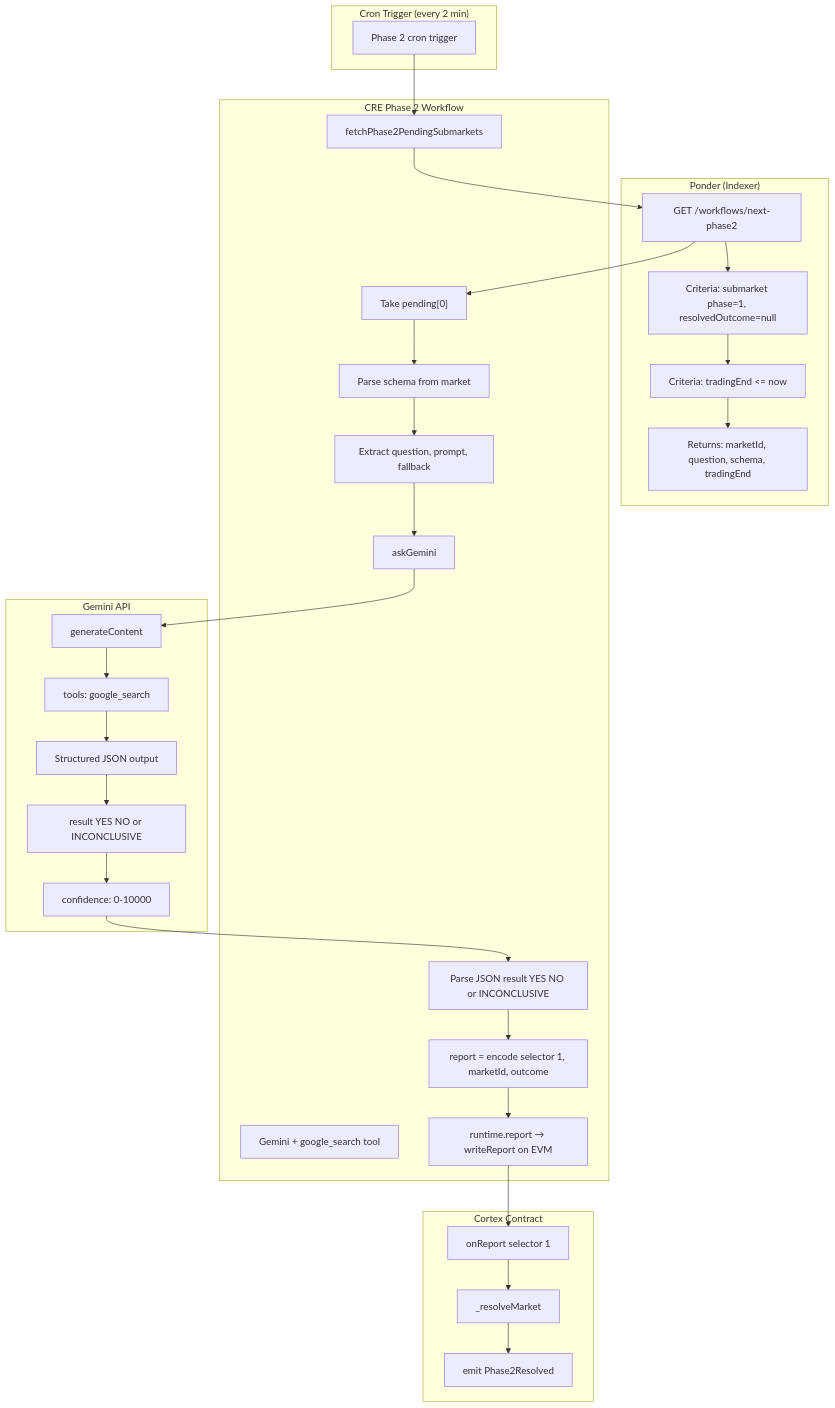
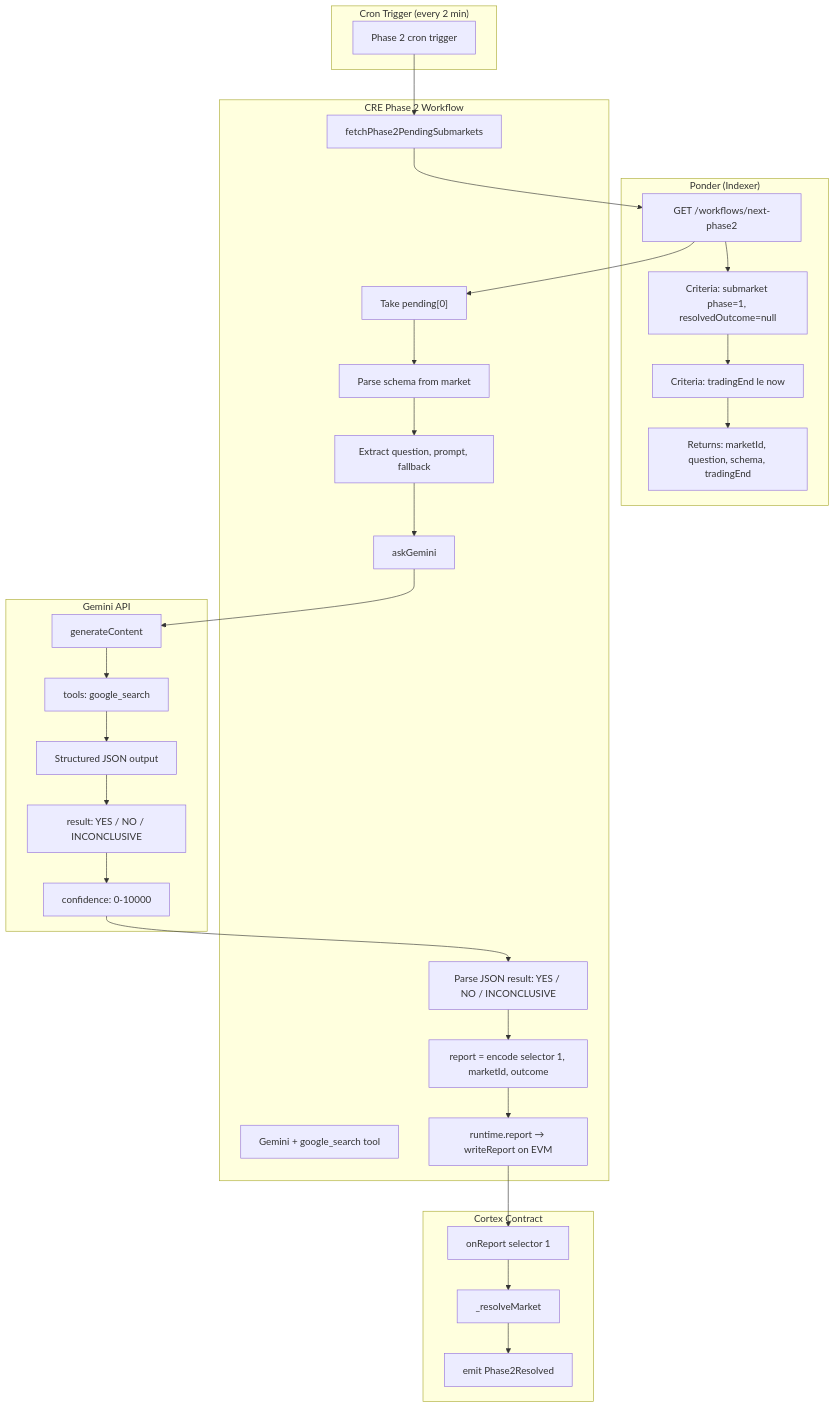
One commit to ztkdronecoder/MiniMarket changed the fourth of 4 diagrams in README.md. Above: the diagram before and after it, drawn with Mermaid. The commit also changed other lines of this file, not shown here.

Commit message:
readme update

````diff
--- a/README.md
+++ b/README.md
@@ -264,53 +271,53 @@
 ```mermaid
 flowchart TB
     subgraph CRON["Cron Trigger (every 2 min)"]
         T1[Phase 2 cron trigger]
     end
 
     subgraph PONDER["Ponder (Indexer)"]
-        P1[GET /workflows/next-phase2]
-        P2[Criteria: submarket phase=1, resolvedOutcome=null]
-        P3[Criteria: tradingEnd <= now]
-        P4[Returns: marketId, question, schema, tradingEnd]
+        P1["GET /workflows/next-phase2"]
+        P2["Criteria: submarket phase=1, resolvedOutcome=null"]
+        P3["Criteria: tradingEnd le now"]
+        P4["Returns: marketId, question, schema, tradingEnd"]
         P1 --> P2 --> P3 --> P4
     end
 
     subgraph CRE["CRE Phase 2 Workflow"]
         C1[fetchPhase2PendingSubmarkets]
         C2["Take pending[0]"]
 
         C3[Parse schema from market]
-        C4[Extract question, prompt, fallback]
+        C4["Extract question, prompt, fallback"]
 
         C5[askGemini]
-        C6[Gemini + google_search tool]
-        C7["Parse JSON result YES NO or INCONCLUSIVE"]
-        C8[report = encode selector 1, marketId, outcome]
-        C9[runtime.report → writeReport on EVM]
+        C6["Gemini + google_search tool"]
+        C7["Parse JSON result: YES / NO / INCONCLUSIVE"]
+        C8["report = encode selector 1, marketId, outcome"]
+        C9["runtime.report → writeReport on EVM"]
     end
 
     subgraph GEMINI["Gemini API"]
         G1[generateContent]
-        G2[tools: google_search]
+        G2["tools: google_search"]
         G3[Structured JSON output]
-        G4["result YES NO or INCONCLUSIVE"]
-        G5[confidence: 0-10000]
+        G4["result: YES / NO / INCONCLUSIVE"]
+        G5["confidence: 0-10000"]
     end
 
     subgraph CONTRACT["Cortex Contract"]
         M1[onReport selector 1]
         M2[_resolveMarket]
         M3[emit Phase2Resolved]
     end
 
     T1 --> C1
     C1 --> P1
     P1 --> C2
     C2 --> C3 --> C4
     C4 --> C5
     C5 --> G1
     G1 --> G2 --> G3 --> G4 --> G5
     G5 --> C7
     C7 --> C8 --> C9
     C9 --> M1 --> M2 --> M3
 ```
````
